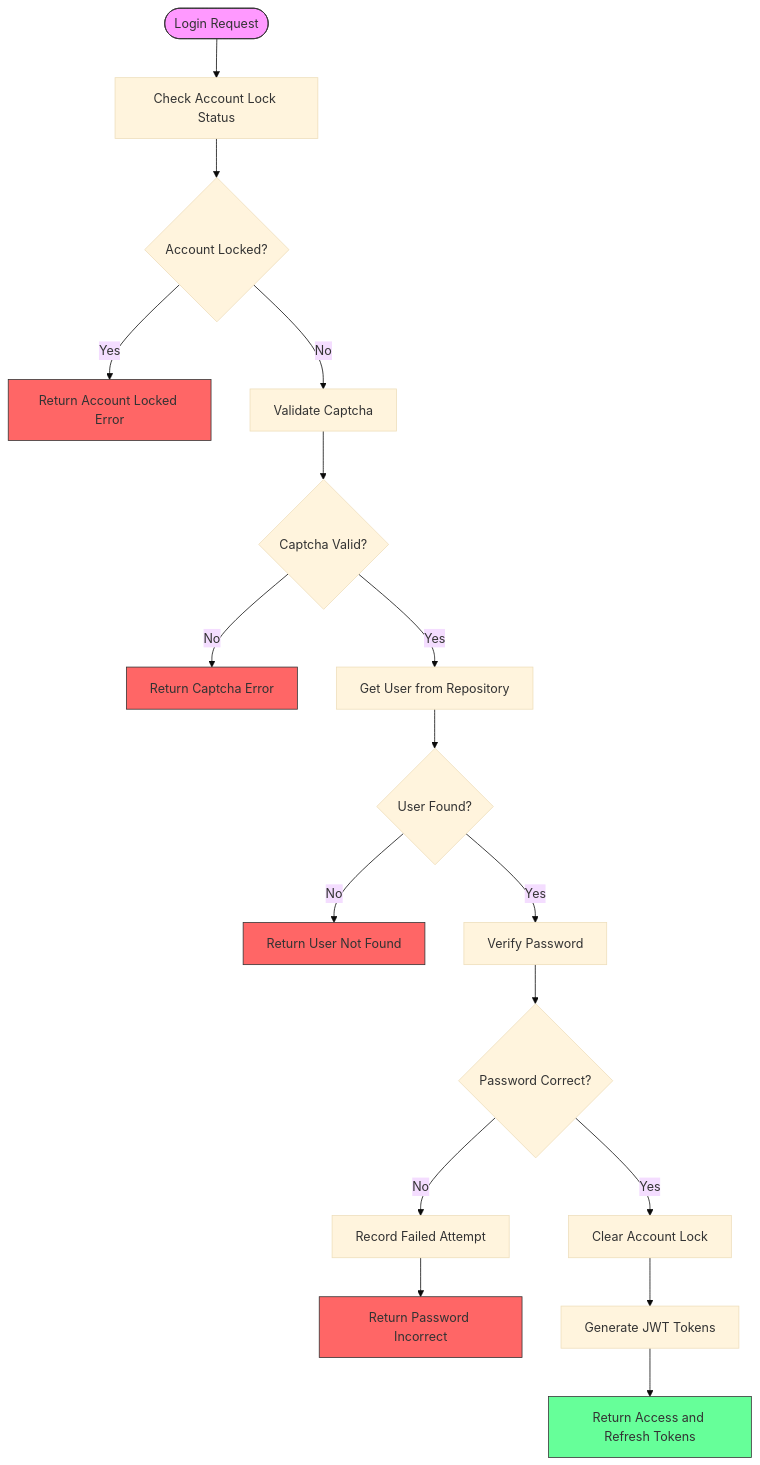
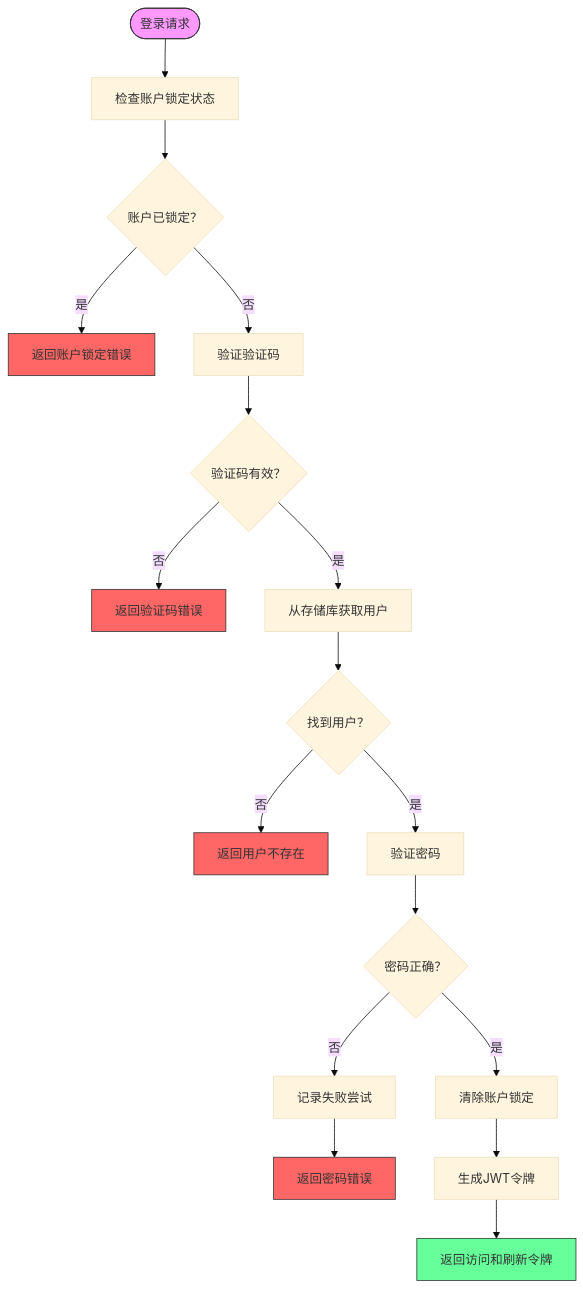
One commit to 26huitailang/kratos-boilerplate changed the fourth of 6 diagrams in .qoder/repowiki/zh/content/Security Considerations/Authentication Flow Security.md. Above: the diagram before and after it, drawn with Mermaid (base theme). The commit also changed other lines of this file and 31 other files, not shown here.

````diff
--- a/.qoder/repowiki/zh/content/Security Considerations/Authentication Flow Security.md
+++ b/.qoder/repowiki/zh/content/Security Considerations/Authentication Flow Security.md
@@ -203,25 +211,25 @@
 ```mermaid
 flowchart TD
-Start([Login Request]) --> ValidateAccountLock["Check Account Lock Status"]
-ValidateAccountLock --> AccountLocked{"Account Locked?"}
-AccountLocked --> |Yes| ReturnLocked["Return Account Locked Error"]
-AccountLocked --> |No| ValidateCaptcha["Validate Captcha"]
-ValidateCaptcha --> CaptchaValid{"Captcha Valid?"}
-CaptchaValid --> |No| ReturnCaptchaError["Return Captcha Error"]
-CaptchaValid --> |Yes| GetUser["Get User from Repository"]
-GetUser --> UserFound{"User Found?"}
-UserFound --> |No| ReturnUserNotFound["Return User Not Found"]
-UserFound --> |Yes| VerifyPassword["Verify Password"]
-VerifyPassword --> PasswordCorrect{"Password Correct?"}
-PasswordCorrect --> |No| RecordFailedAttempt["Record Failed Attempt"]
-PasswordCorrect --> |Yes| ClearLock["Clear Account Lock"]
-RecordFailedAttempt --> ReturnPasswordError["Return Password Incorrect"]
-ClearLock --> GenerateTokens["Generate JWT Tokens"]
-GenerateTokens --> ReturnTokens["Return Access and Refresh Tokens"]
+Start([登录请求]) --> ValidateAccountLock["检查账户锁定状态"]
+ValidateAccountLock --> AccountLocked{"账户已锁定？"}
+AccountLocked --> |是| ReturnLocked["返回账户锁定错误"]
+AccountLocked --> |否| ValidateCaptcha["验证验证码"]
+ValidateCaptcha --> CaptchaValid{"验证码有效？"}
+CaptchaValid --> |否| ReturnCaptchaError["返回验证码错误"]
+CaptchaValid --> |是| GetUser["从存储库获取用户"]
+GetUser --> UserFound{"找到用户？"}
+UserFound --> |否| ReturnUserNotFound["返回用户不存在"]
+UserFound --> |是| VerifyPassword["验证密码"]
+VerifyPassword --> PasswordCorrect{"密码正确？"}
+PasswordCorrect --> |否| RecordFailedAttempt["记录失败尝试"]
+PasswordCorrect --> |是| ClearLock["清除账户锁定"]
+RecordFailedAttempt --> ReturnPasswordError["返回密码错误"]
+ClearLock --> GenerateTokens["生成JWT令牌"]
+GenerateTokens --> ReturnTokens["返回访问和刷新令牌"]
 style Start fill:#f9f,stroke:#333
 style ReturnLocked fill:#f66,stroke:#333
 style ReturnCaptchaError fill:#f66,stroke:#333
 style ReturnUserNotFound fill:#f66,stroke:#333
 style ReturnPasswordError fill:#f66,stroke:#333
 style ReturnTokens fill:#6f9,stroke:#333
 ```
````
